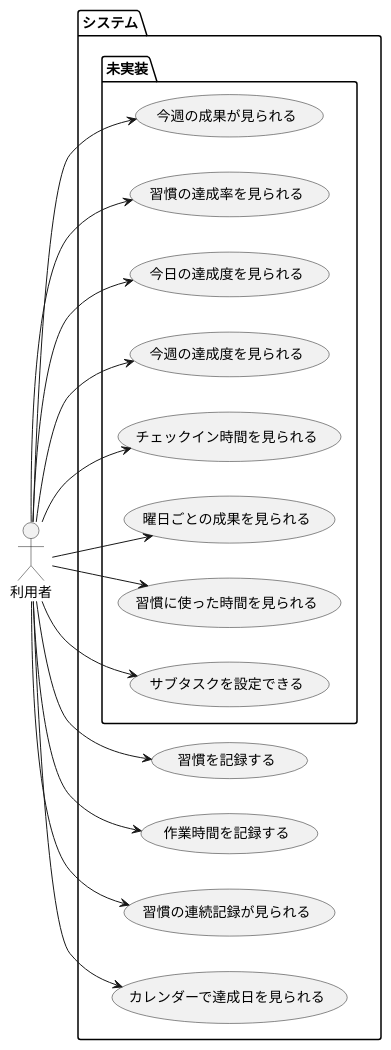
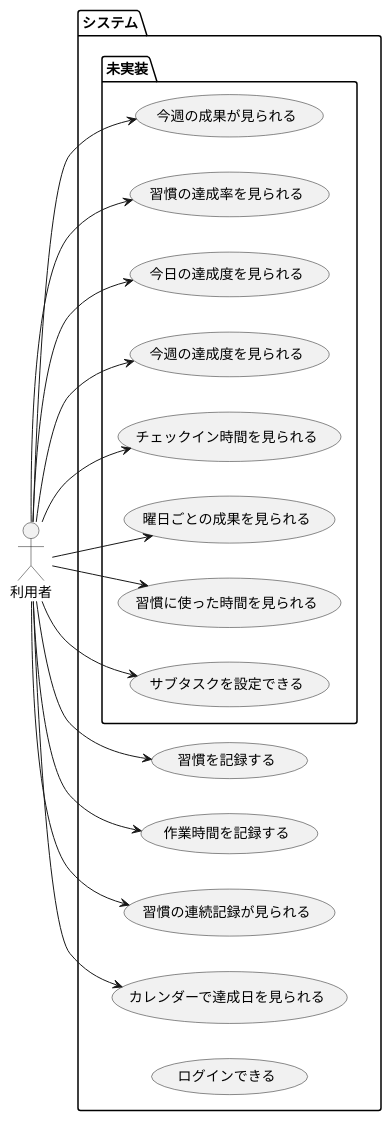
One commit to ylafaro0310/my-habit changed the diagram in documents/docs/function.md. Above: the diagram before and after it, drawn with PlantUML. The commit also changed 2 other files, not shown here.

Commit message:
Update document

````diff
--- a/documents/docs/function.md
+++ b/documents/docs/function.md
@@ -3,38 +3,39 @@
 ```uml
 @startuml
 left to right direction
 
 actor 利用者 as ac1
 
 package システム {
     usecase 習慣を記録する as uc1
     usecase 作業時間を記録する as uc2
     usecase 習慣の連続記録が見られる as uc3
     usecase カレンダーで達成日を見られる as uc5
+    usecase ログインできる as uc13
 
     package 未実装 {
         usecase 今週の成果が見られる as uc4
         usecase 習慣の達成率を見られる as uc6
         usecase 今日の達成度を見られる as uc7
         usecase 今週の達成度を見られる as uc8
         usecase チェックイン時間を見られる as uc9
         usecase 曜日ごとの成果を見られる as uc10
         usecase 習慣に使った時間を見られる as uc11
         usecase サブタスクを設定できる as uc12
     }
 }
 
 ac1 --> uc1
 ac1 --> uc2
 ac1 --> uc3
 ac1 --> uc4
 ac1 --> uc5
 ac1 --> uc6
 ac1 --> uc7
 ac1 --> uc8
 ac1 --> uc9
 ac1 --> uc10
 ac1 --> uc11
 ac1 --> uc12
 @enduml
 ```
````
